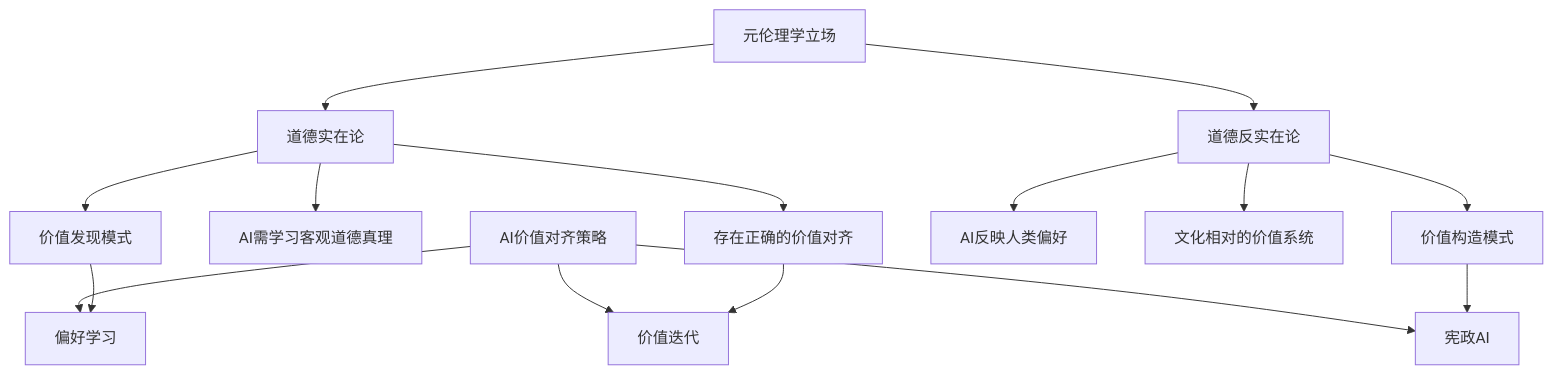
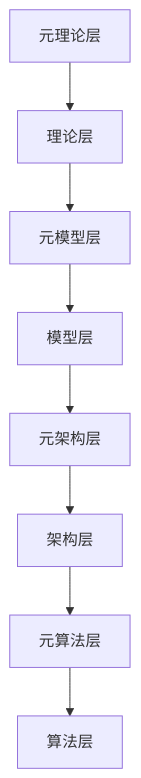
One commit to AdaMartin18010/AI changed the second of 2 diagrams in Analysis/AI/02-MetaTheory.md. Above: the diagram before and after it, drawn with Mermaid. The commit also changed other lines of this file and 15 other files, not shown here.

````diff
--- a/Analysis/AI/02-MetaTheory.md
+++ b/Analysis/AI/02-MetaTheory.md
@@ -324,21 +279,10 @@
 ```mermaid
-graph TB
-    A[元伦理学立场] --> B[道德实在论]
-    A --> C[道德反实在论]
-    
-    B --> B1[价值发现模式]
-    B --> B2[AI需学习客观道德真理]
-    B --> B3[存在正确的价值对齐]
-    
-    C --> C1[价值构造模式]
-    C --> C2[AI反映人类偏好]
-    C --> C3[文化相对的价值系统]
-    
-    D[AI价值对齐策略] --> D1[偏好学习]
-    D --> D2[宪政AI]
-    D --> D3[价值迭代]
-    
-    B1 --> D1
-    C1 --> D2
-    B3 --> D3
+graph TD
+    A[元理论层] --> B[理论层]
+    B --> C[元模型层]
+    C --> D[模型层]
+    D --> E[元架构层]
+    E --> F[架构层]
+    F --> G[元算法层]
+    G --> H[算法层]
 ```
````
